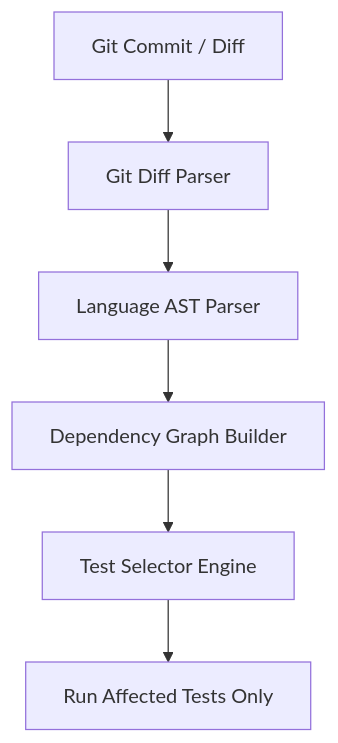
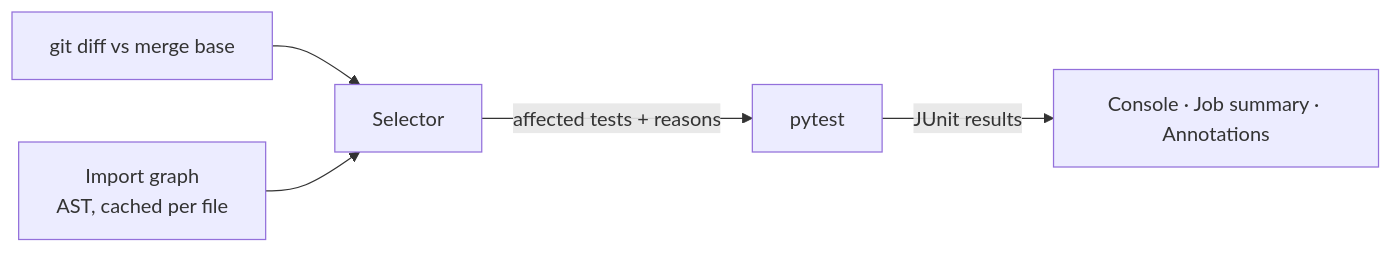
The diagram in Readme.MD (Pradyuman-aviator/Karma), drawn with Mermaid before and after one commit. The commit also changed other lines of this file and 2 other files, not shown here.

````diff
--- a/Readme.MD
+++ b/Readme.MD
@@ -46,8 +118,7 @@
 ```mermaid
-graph TD
-    A[Git Commit / Diff] --> B[Git Diff Parser]
-    B --> C[Language AST Parser]
-    C --> D[Dependency Graph Builder]
-    D --> E[Test Selector Engine]
-    E --> F[Run Affected Tests Only]
+graph LR
+    A[git diff vs merge base] --> C[Selector]
+    B[Import graph<br/>AST, cached per file] --> C
+    C -->|affected tests + reasons| D[pytest]
+    D -->|JUnit results| E[Console · Job summary · Annotations]
 ```
````
